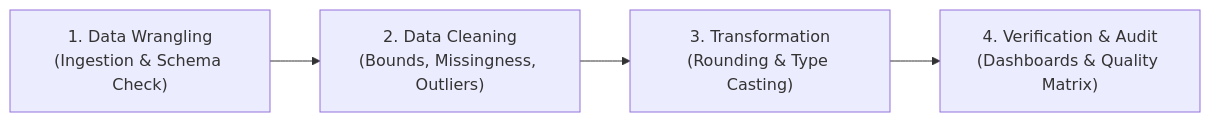
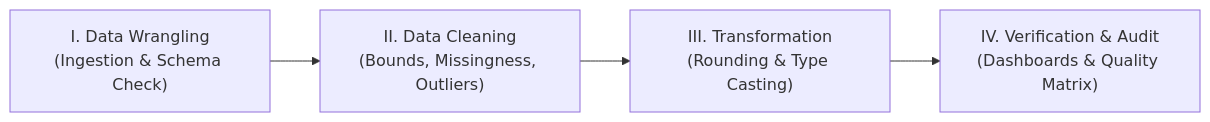
One commit to Troge-dev/Water-Potability-Data-Cleaning changed the diagram in docs/index.md. Above: the diagram before and after it, drawn with Mermaid. The commit also changed other lines of this file and 4 other files, not shown here.

````diff
--- a/docs/index.md
+++ b/docs/index.md
@@ -59,10 +59,10 @@
 ```mermaid
 flowchart LR
-    A["1. Data Wrangling
-(Ingestion & Schema Check)"] --> B["2. Data Cleaning
+    A["I. Data Wrangling
+(Ingestion & Schema Check)"] --> B["II. Data Cleaning
 (Bounds, Missingness, Outliers)"]
-    B --> C["3. Transformation
+    B --> C["III. Transformation
 (Rounding & Type Casting)"]
-    C --> D["4. Verification & Audit
+    C --> D["IV. Verification & Audit
 (Dashboards & Quality Matrix)"]
 ```
````
